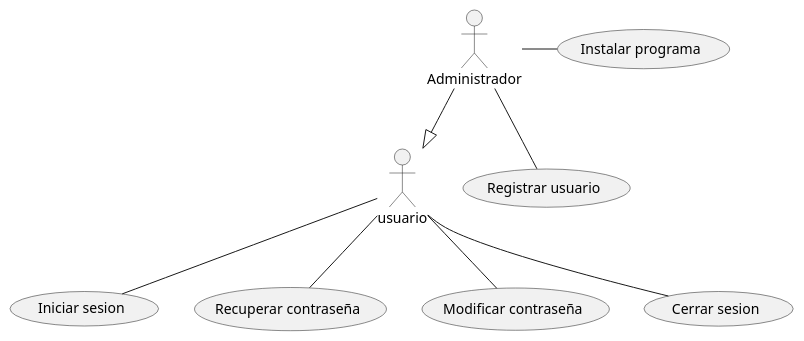
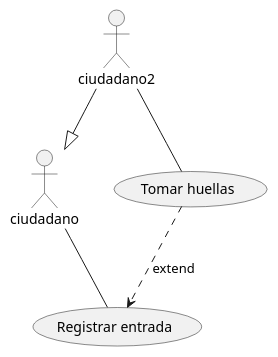
One commit to Carlosmanuelpre/CasosDeUsoUML changed the diagram in src/CasosDeUsoUML.puml. Above: the diagram before and after it, drawn with PlantUML.

Commit message:
Este ejemplo representa un puesto fronterizo en el cual existen dos tipos diferentes de usuarios uno local y otro extrangero, a cada uno se le asocia un caso de uso, aunque el extrajero tambien obtiene los del local, además los casos de uso presentan un extend

```diff
--- a/src/CasosDeUsoUML.puml
+++ b/src/CasosDeUsoUML.puml
@@ -2,22 +2,16 @@
 @startuml
-:usuario:
-:Administrador:
+:ciudadano:
+:ciudadano2:
 
-(Iniciar sesion)
-(Recuperar contraseña)
-(Modificar contraseña)
-(Cerrar sesion)
-(Registrar usuario)
-(Instalar programa)
+(Registrar entrada)
+(Tomar huellas)
 
-usuario -- (Iniciar sesion)
-usuario -- (Recuperar contraseña)
-usuario -- (Cerrar sesion)
-usuario -- (Modificar contraseña)
+ciudadano -- (Registrar entrada)
+ciudadano2 -- (Tomar huellas)
 
-Administrador --|> usuario
+(Tomar huellas) ..> (Registrar entrada) : extend
 
-Administrador -- (Registrar usuario)
-Administrador - (Instalar programa)
+
+ciudadano2 --|> ciudadano
 
 @enduml
```
